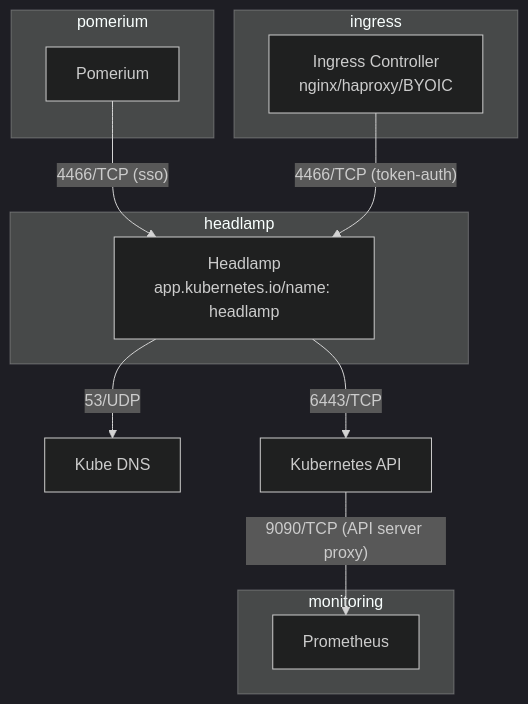
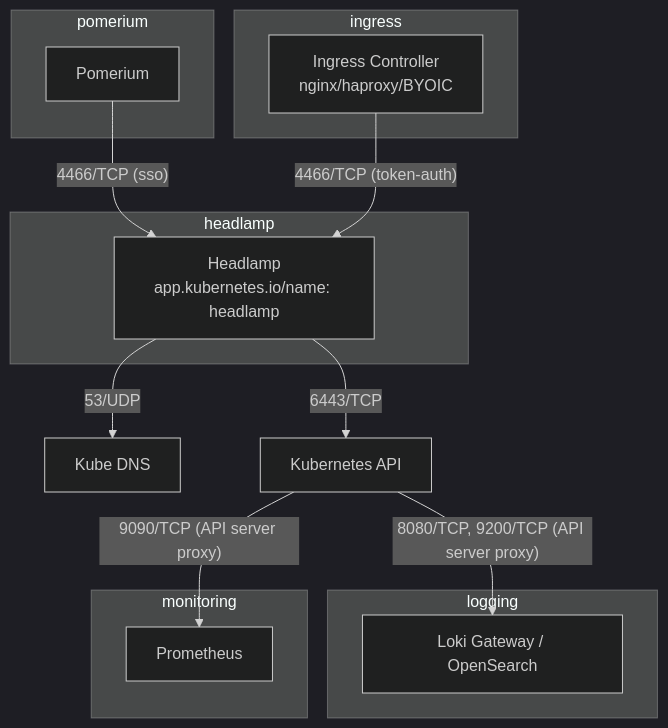
One commit to sighupio/distribution changed the diagram in docs/network-policies/modules/utilities/headlamp.md. Above: the diagram before and after it, drawn with Mermaid (dark theme). The commit also changed 19 other files, not shown here.

Commit message:
fix(logging): allow kube-apiserver proxy ingress to Loki and OpenSearch for Headlamp

````diff
--- a/docs/network-policies/modules/utilities/headlamp.md
+++ b/docs/network-policies/modules/utilities/headlamp.md
@@ -3,30 +3,35 @@
 ```mermaid
 graph TD
     %% Namespaces
     subgraph headlamp
         hl[Headlamp<br/>app.kubernetes.io/name: headlamp]
     end
 
     subgraph pomerium
         pom[Pomerium]
     end
 
     subgraph ingress
         ing[Ingress Controller<br/>nginx/haproxy/BYOIC]
+    end
+
+    subgraph logging
+        logs[Loki Gateway / OpenSearch]
     end
 
     subgraph monitoring
         prom[Prometheus]
     end
 
     %% K8s Core Components
     dns[Kube DNS]
     api[Kubernetes API]
 
     %% Edges
     hl -->|"53/UDP"| dns
     hl -->|"6443/TCP"| api
     pom -->|"4466/TCP (sso)"| hl
     ing -->|"4466/TCP (token-auth)"| hl
     api -->|"9090/TCP (API server proxy)"| prom
+    api -->|"8080/TCP, 9200/TCP (API server proxy)"| logs
 ```
````
